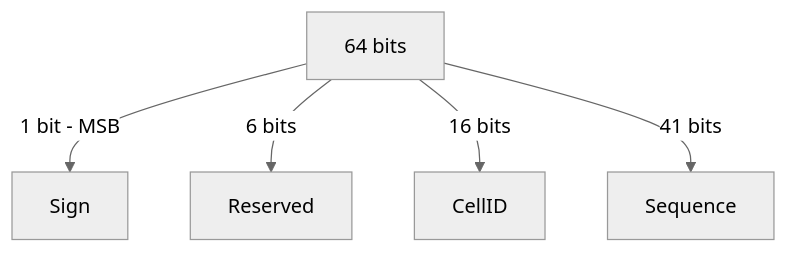
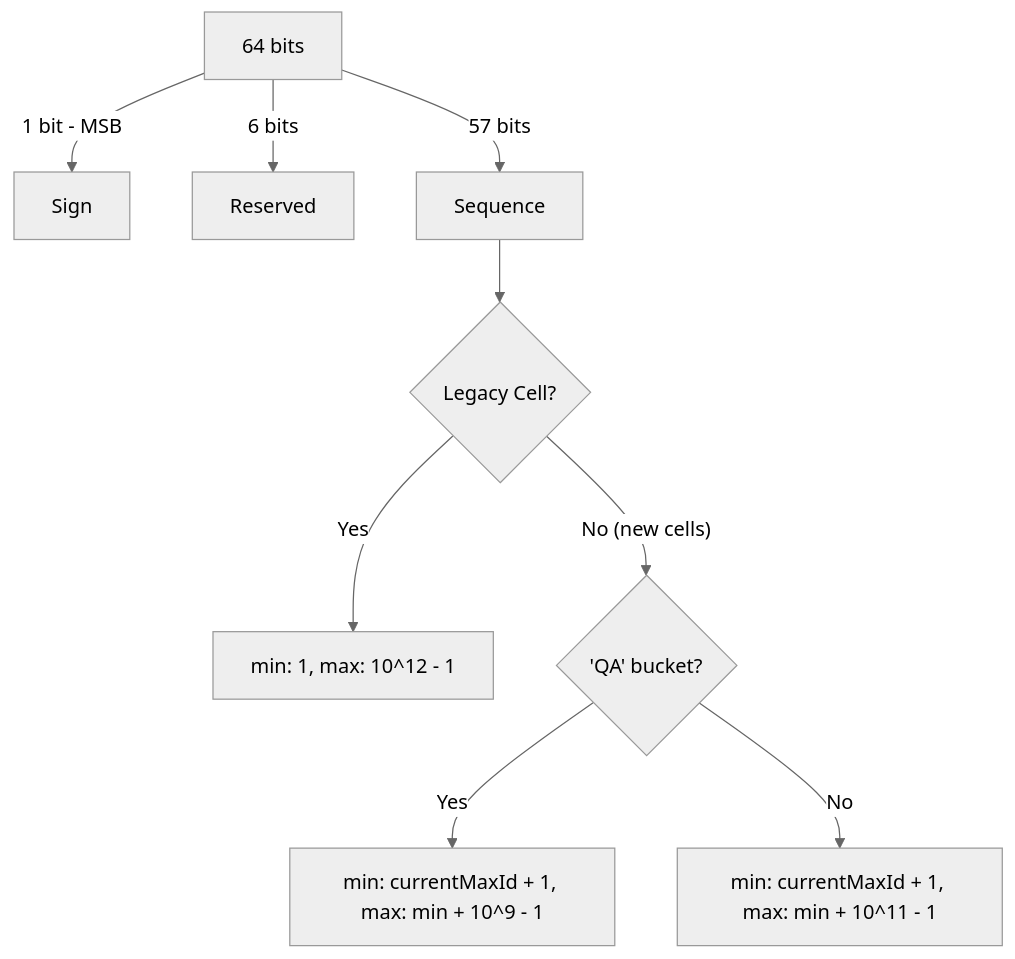
The second of 9 diagrams in content/handbook/engineering/architecture/design-documents/cells/topology_service.md (zalyoung/gitlab-handbook), drawn with Mermaid (neutral theme) before and after one commit. The commit also changed other lines of this file and 4 other files, not shown here.

Commit message:
Update Cell Database Sequence ID Docs

````diff
--- a/content/handbook/engineering/architecture/design-documents/cells/topology_service.md
+++ b/content/handbook/engineering/architecture/design-documents/cells/topology_service.md
@@ -136,7 +136,11 @@
 ```mermaid
-graph TD
+flowchart TD
   A[64 bits] --> |1 bit - MSB| B[Sign]
   A -->|6 bits| C[Reserved]
-  A -->|16 bits| D[CellID]
-  A -->|41 bits| E[Sequence]
+  A -->|57 bits| D[Sequence]
+  D --> E{Legacy Cell?}
+  E --> |Yes|F[min: 1, max: 10^12 - 1]
+  E --> |"No (new cells)"| G{'QA' bucket?}
+  G --> |Yes| H[min: currentMaxId + 1, max: min + 10^9 - 1]
+  G --> |No| I[min: currentMaxId + 1, max: min + 10^11 - 1]
 ```
````
